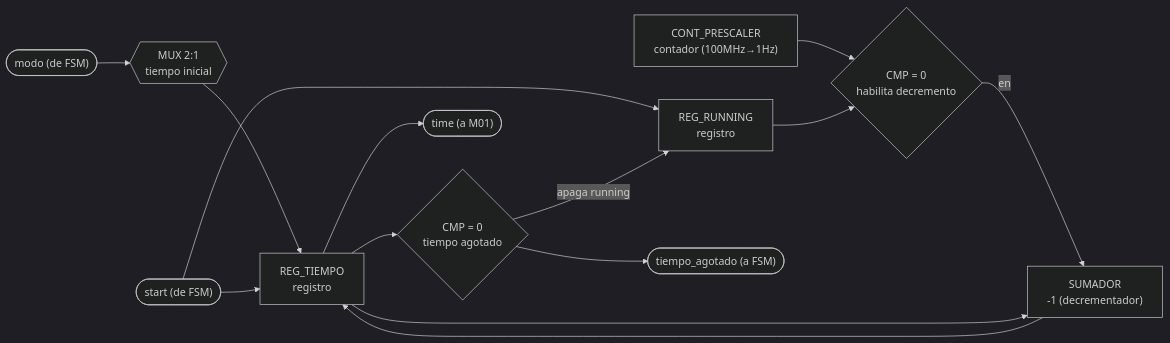
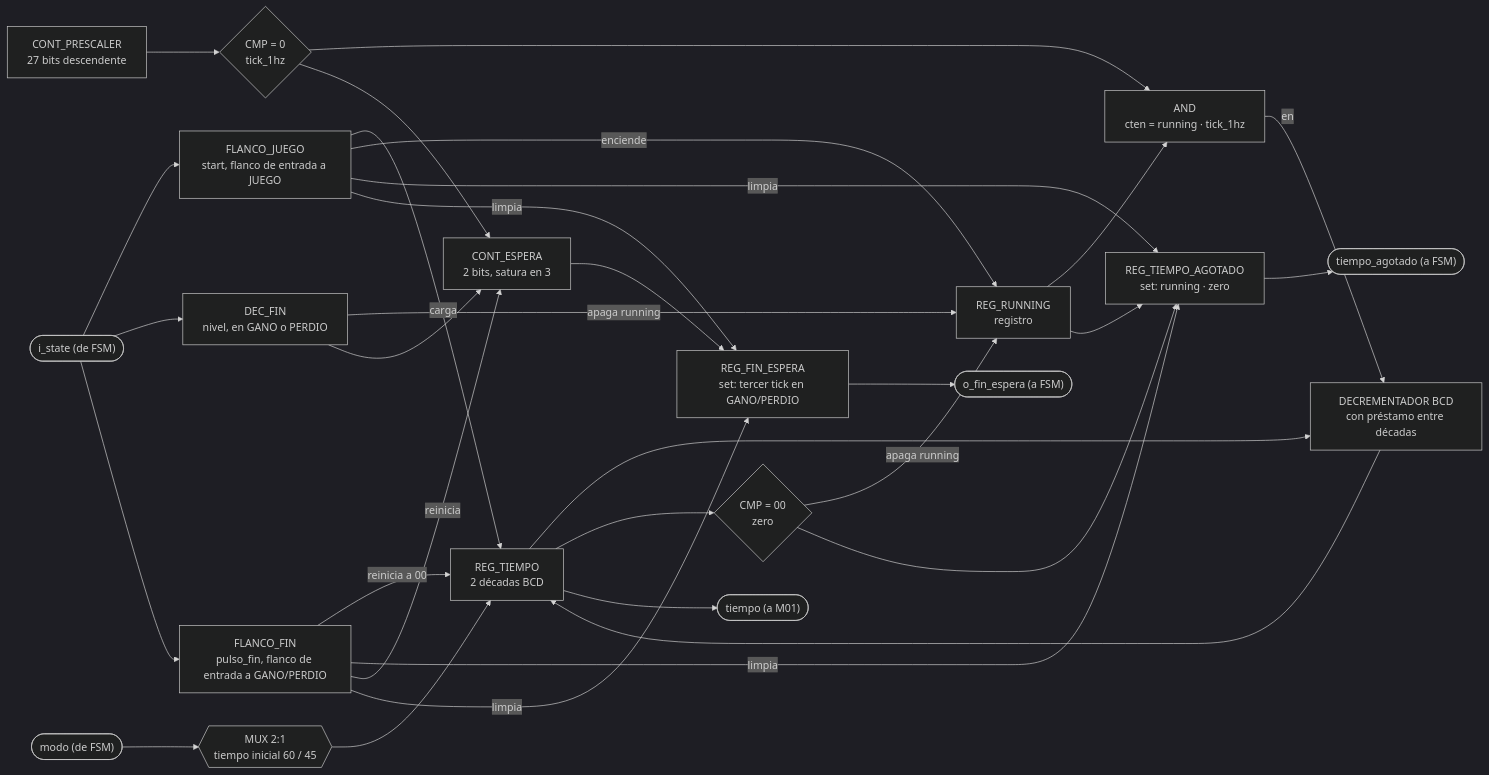
Diagram 22 of 44 in docs/diseño/diseño.md (Taller-de-diseno-digital-GR01/Proyecto-2-Ahorcado), drawn with Mermaid (dark theme) before and after one commit. The commit also changed other lines of this file and 7 other files, not shown here.

````diff
--- a/docs/diseño/diseño.md
+++ b/docs/diseño/diseño.md
@@ -1769,16 +1835,33 @@
 ```mermaid
 flowchart LR
-    IN_MODO(["modo (de FSM)"]) --> MUX1{{"MUX 2:1<br/>tiempo inicial"}}
-    MUX1 --> REG_T["REG_TIEMPO<br/>registro"]
-    IN_START(["start (de FSM)"]) --> REG_T
-    IN_START --> REG_RUN["REG_RUNNING<br/>registro"]
-    CNT_PRE["CONT_PRESCALER<br/>contador (100MHz→1Hz)"] --> CMP1{"CMP = 0<br/>habilita decremento"}
-    REG_RUN --> CMP1
-    CMP1 -->|en| SUB1["SUMADOR<br/>-1 (decrementador)"]
+    IN_STATE(["i_state (de FSM)"]) --> DECJ["FLANCO_JUEGO<br/>start, flanco de entrada a JUEGO"]
+    IN_STATE --> DECFN["DEC_FIN<br/>nivel, en GANO o PERDIO"]
+    IN_STATE --> DECF["FLANCO_FIN<br/>pulso_fin, flanco de entrada a GANO/PERDIO"]
+    DECJ -->|"carga"| REG_T["REG_TIEMPO<br/>2 décadas BCD"]
+    DECJ -->|"enciende"| REG_RUN["REG_RUNNING<br/>registro"]
+    DECFN -->|"apaga running"| REG_RUN
+    DECF -->|"reinicia a 00"| REG_T
+    IN_MODO(["modo (de FSM)"]) --> MUX1{{"MUX 2:1<br/>tiempo inicial 60 / 45"}}
+    MUX1 --> REG_T
+    CNT_PRE["CONT_PRESCALER<br/>27 bits descendente"] --> CMP0{"CMP = 0<br/>tick_1hz"}
+    CMP0 --> AND_EN["AND<br/>cten = running · tick_1hz"]
+    REG_RUN --> AND_EN
+    AND_EN -->|en| SUB1["DECREMENTADOR BCD<br/>con préstamo entre décadas"]
     REG_T --> SUB1
     SUB1 --> REG_T
-    REG_T --> CMP2{"CMP = 0<br/>tiempo agotado"}
-    CMP2 --> OUT_FIN(["tiempo_agotado (a FSM)"])
+    REG_T --> CMP2{"CMP = 00<br/>zero"}
     CMP2 -->|"apaga running"| REG_RUN
-    REG_T --> OUT_TIME(["time (a M01)"])
+    CMP2 --> REG_TA["REG_TIEMPO_AGOTADO<br/>set: running · zero"]
+    REG_RUN --> REG_TA
+    DECJ -->|"limpia"| REG_TA
+    DECF -->|"limpia"| REG_TA
+    REG_TA --> OUT_FIN(["tiempo_agotado (a FSM)"])
+    REG_T --> OUT_TIME(["tiempo (a M01)"])
+    DECF -->|"reinicia"| CNT_ESPERA["CONT_ESPERA<br/>2 bits, satura en 3"]
+    DECFN --> CNT_ESPERA
+    CMP0 --> CNT_ESPERA
+    CNT_ESPERA --> REG_FE["REG_FIN_ESPERA<br/>set: tercer tick en GANO/PERDIO"]
+    DECJ -->|"limpia"| REG_FE
+    DECF -->|"limpia"| REG_FE
+    REG_FE --> OUT_ESPERA(["o_fin_espera (a FSM)"])
 ```
````
